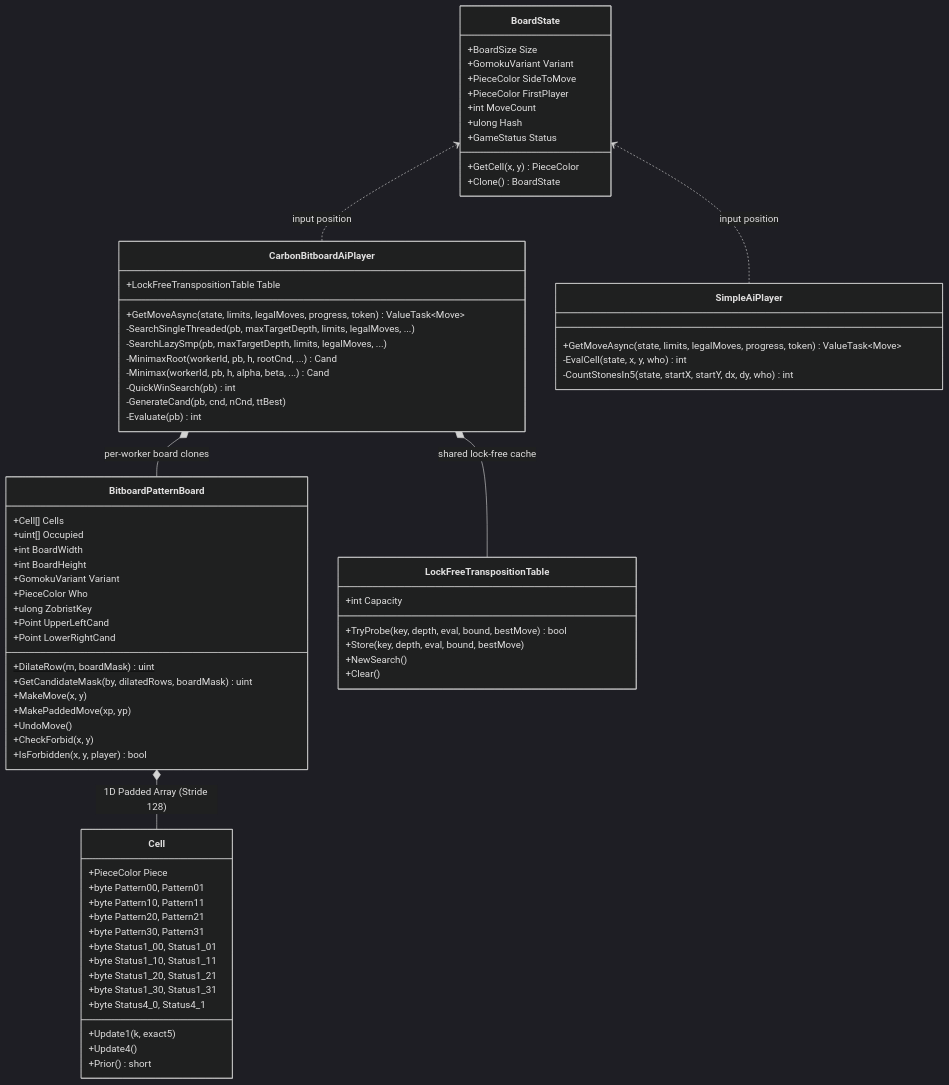
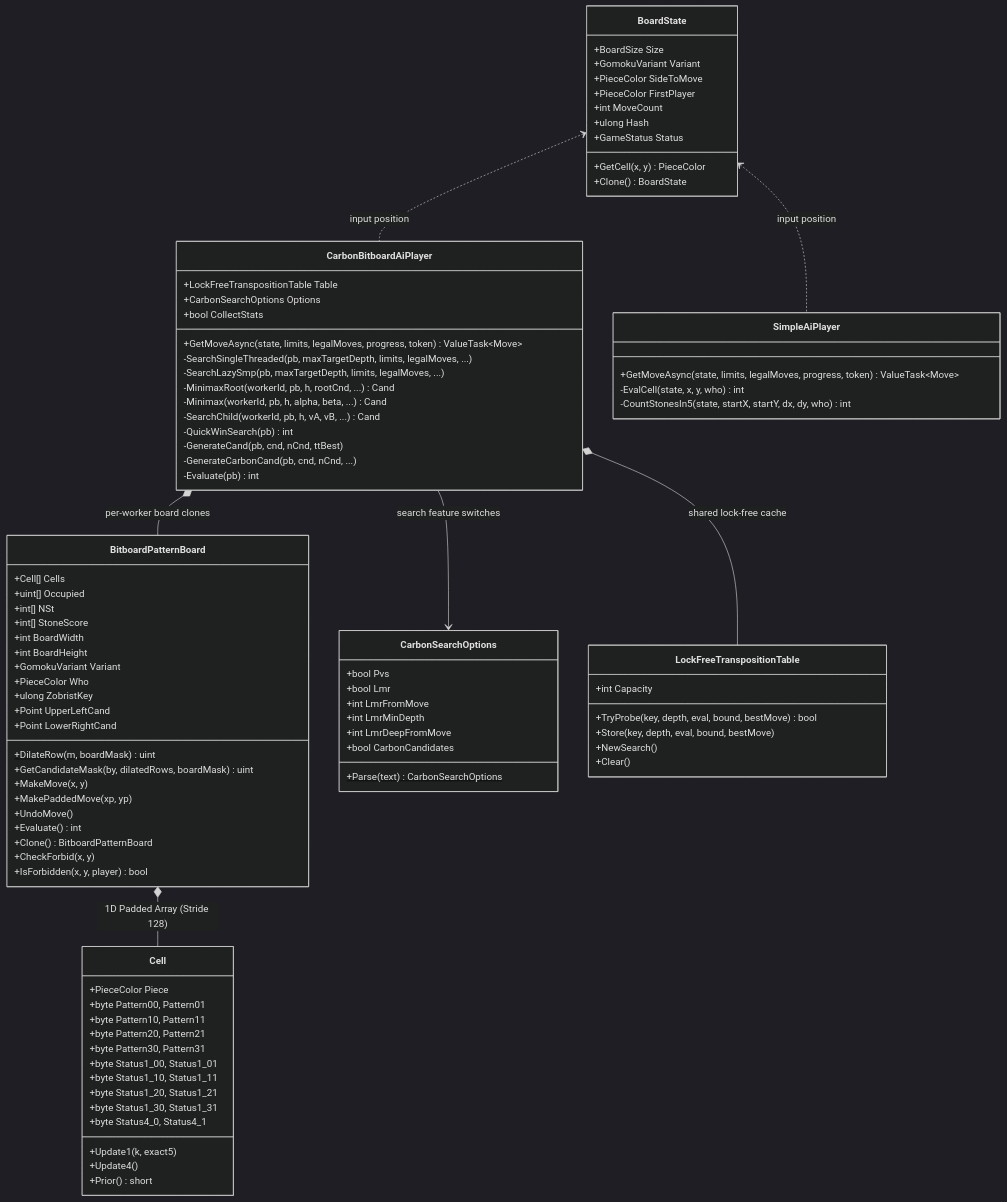
Before and after one commit to cjp-dev/Gomoku: the second of 4 diagrams in docs/brain/01-overview.md, drawn with Mermaid (dark theme). The commit also changed other lines of this file and 17 other files, not shown here.

````diff
--- a/docs/brain/01-overview.md
+++ b/docs/brain/01-overview.md
@@ -75,6 +75,8 @@
     class BitboardPatternBoard {
         +Cell[] Cells
         +uint[] Occupied
+        +int[] NSt
+        +int[] StoneScore
         +int BoardWidth
         +int BoardHeight
         +GomokuVariant Variant
@@ -87,6 +89,8 @@
         +MakeMove(x, y)
         +MakePaddedMove(xp, yp)
         +UndoMove()
+        +Evaluate() int
+        +Clone() BitboardPatternBoard
         +CheckForbid(x, y)
         +IsForbidden(x, y, player) bool
     }
@@ -109,14 +113,28 @@
 
     class CarbonBitboardAiPlayer {
         +LockFreeTranspositionTable Table
+        +CarbonSearchOptions Options
+        +bool CollectStats
         +GetMoveAsync(state, limits, legalMoves, progress, token) ValueTask~Move~
         -SearchSingleThreaded(pb, maxTargetDepth, limits, legalMoves, ...)
         -SearchLazySmp(pb, maxTargetDepth, limits, legalMoves, ...)
         -MinimaxRoot(workerId, pb, h, rootCnd, ...) Cand
         -Minimax(workerId, pb, h, alpha, beta, ...) Cand
+        -SearchChild(workerId, pb, h, vA, vB, ...) Cand
         -QuickWinSearch(pb) int
         -GenerateCand(pb, cnd, nCnd, ttBest)
+        -GenerateCarbonCand(pb, cnd, nCnd, ...)
         -Evaluate(pb) int
+    }
+
+    class CarbonSearchOptions {
+        +bool Pvs
+        +bool Lmr
+        +int LmrFromMove
+        +int LmrMinDepth
+        +int LmrDeepFromMove
+        +bool CarbonCandidates
+        +Parse(text)$ CarbonSearchOptions
     }
 
     class SimpleAiPlayer {
@@ -136,6 +154,7 @@
     BitboardPatternBoard *-- Cell : 1D Padded Array (Stride 128)
     CarbonBitboardAiPlayer *-- BitboardPatternBoard : per-worker board clones
     CarbonBitboardAiPlayer *-- LockFreeTranspositionTable : shared lock-free cache
+    CarbonBitboardAiPlayer --> CarbonSearchOptions : search feature switches
     BoardState <.. CarbonBitboardAiPlayer : input position
     BoardState <.. SimpleAiPlayer : input position
 ```
````
